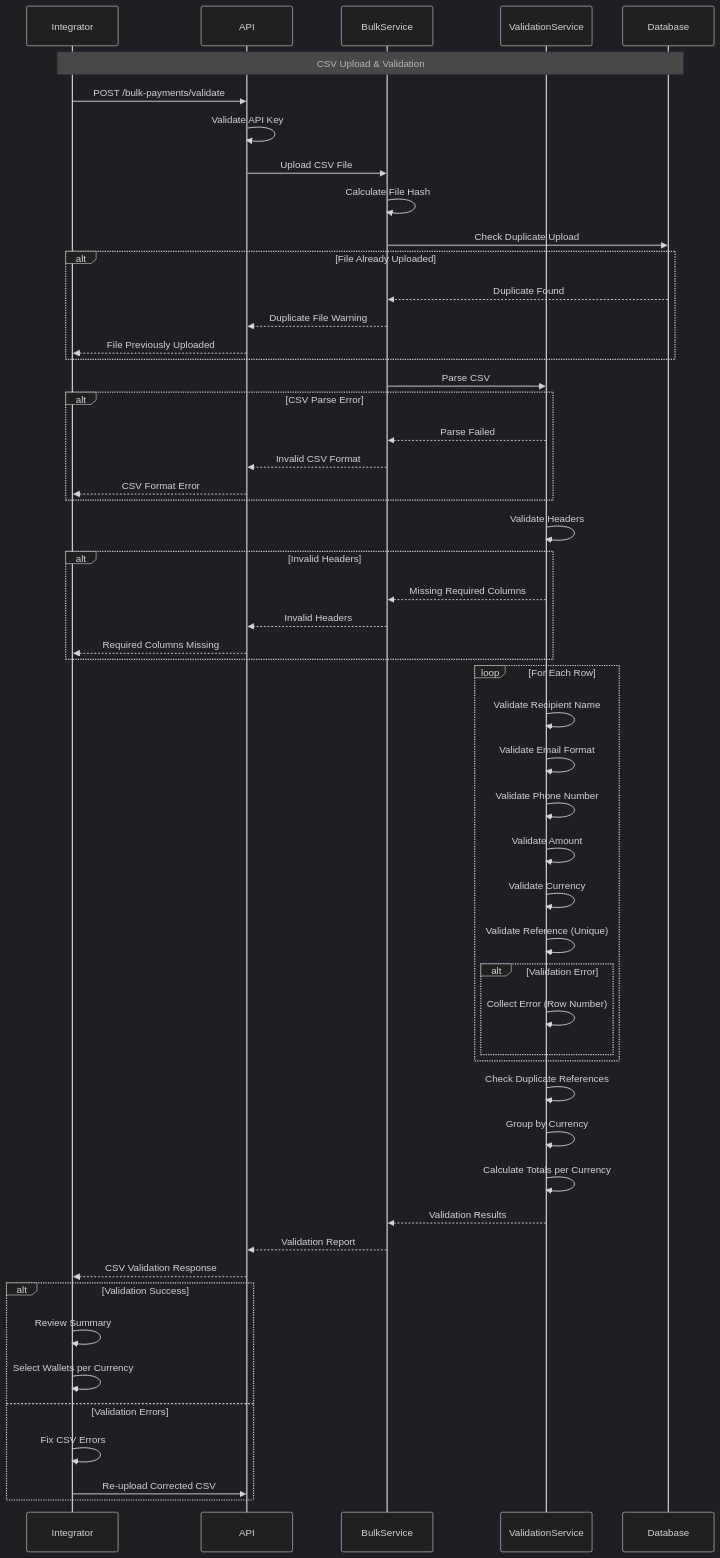
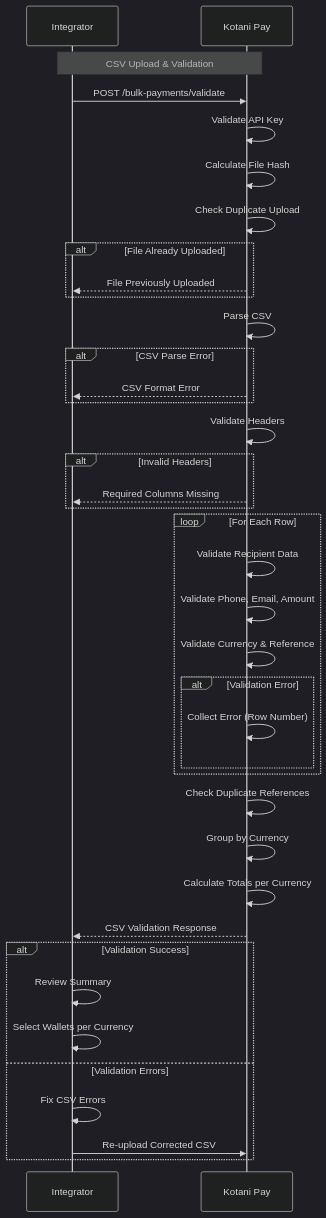
The first of 3 diagrams in v3/flows/bulk-payments-flow.mdx (john-muinde/docs), drawn with Mermaid (dark theme) before and after one commit. The commit also changed other lines of this file and 5 other files, not shown here.

````diff
--- a/v3/flows/bulk-payments-flow.mdx
+++ b/v3/flows/bulk-payments-flow.mdx
@@ -38,68 +38,52 @@
 ```mermaid
 sequenceDiagram
     participant Integrator
-    participant API
-    participant BulkService
-    participant ValidationService
-    participant Database
+    participant Kotani Pay
 
-    Note over Integrator,Database: CSV Upload & Validation
+    Note over Integrator,Kotani Pay: CSV Upload & Validation
 
-    Integrator->>API: POST /bulk-payments/validate
-    API->>API: Validate API Key
-    API->>BulkService: Upload CSV File
-
-    BulkService->>BulkService: Calculate File Hash
-    BulkService->>Database: Check Duplicate Upload
+    Integrator->>Kotani Pay: POST /bulk-payments/validate
+    Kotani Pay->>Kotani Pay: Validate API Key
+    Kotani Pay->>Kotani Pay: Calculate File Hash
+    Kotani Pay->>Kotani Pay: Check Duplicate Upload
 
     alt File Already Uploaded
-        Database-->>BulkService: Duplicate Found
-        BulkService-->>API: Duplicate File Warning
-        API-->>Integrator: File Previously Uploaded
+        Kotani Pay-->>Integrator: File Previously Uploaded
     end
 
-    BulkService->>ValidationService: Parse CSV
+    Kotani Pay->>Kotani Pay: Parse CSV
 
     alt CSV Parse Error
-        ValidationService-->>BulkService: Parse Failed
-        BulkService-->>API: Invalid CSV Format
-        API-->>Integrator: CSV Format Error
+        Kotani Pay-->>Integrator: CSV Format Error
     end
 
-    ValidationService->>ValidationService: Validate Headers
+    Kotani Pay->>Kotani Pay: Validate Headers
 
     alt Invalid Headers
-        ValidationService-->>BulkService: Missing Required Columns
-        BulkService-->>API: Invalid Headers
-        API-->>Integrator: Required Columns Missing
+        Kotani Pay-->>Integrator: Required Columns Missing
     end
 
     loop For Each Row
-        ValidationService->>ValidationService: Validate Recipient Name
-        ValidationService->>ValidationService: Validate Email Format
-        ValidationService->>ValidationService: Validate Phone Number
-        ValidationService->>ValidationService: Validate Amount
-        ValidationService->>ValidationService: Validate Currency
-        ValidationService->>ValidationService: Validate Reference (Unique)
+        Kotani Pay->>Kotani Pay: Validate Recipient Data
+        Kotani Pay->>Kotani Pay: Validate Phone, Email, Amount
+        Kotani Pay->>Kotani Pay: Validate Currency & Reference
 
         alt Validation Error
-            ValidationService->>ValidationService: Collect Error (Row Number)
+            Kotani Pay->>Kotani Pay: Collect Error (Row Number)
         end
     end
 
-    ValidationService->>ValidationService: Check Duplicate References
-    ValidationService->>ValidationService: Group by Currency
-    ValidationService->>ValidationService: Calculate Totals per Currency
+    Kotani Pay->>Kotani Pay: Check Duplicate References
+    Kotani Pay->>Kotani Pay: Group by Currency
+    Kotani Pay->>Kotani Pay: Calculate Totals per Currency
 
-    ValidationService-->>BulkService: Validation Results
-    BulkService-->>API: Validation Report
-    API-->>Integrator: CSV Validation Response
+    Kotani Pay-->>Integrator: CSV Validation Response
 
     alt Validation Success
         Integrator->>Integrator: Review Summary
         Integrator->>Integrator: Select Wallets per Currency
     else Validation Errors
         Integrator->>Integrator: Fix CSV Errors
-        Integrator->>API: Re-upload Corrected CSV
+        Integrator->>Kotani Pay: Re-upload Corrected CSV
     end
 ```
````
